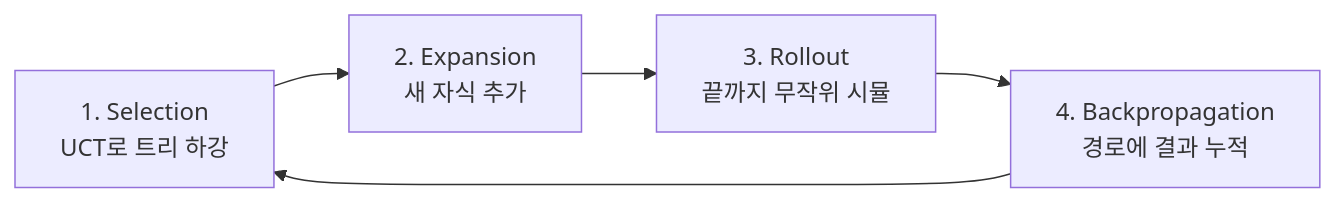
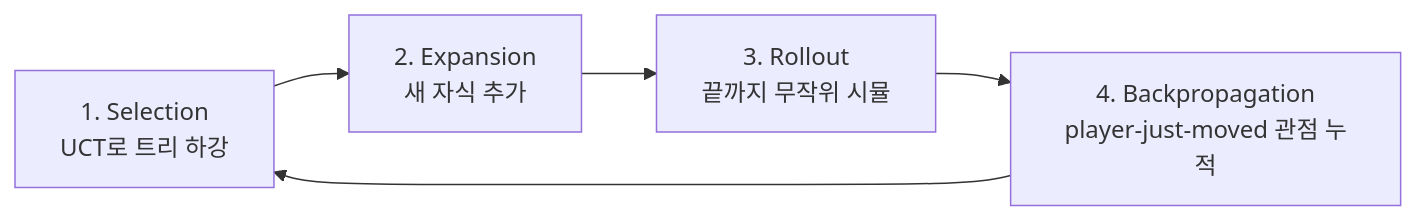
Before and after one commit to Rein-ArXiv/game-dev-curriculum: the seventh of 7 diagrams in ai/part22_adversarial_search.md, drawn with Mermaid. The commit also changed other lines of this file and 279 other files, not shown here.

````diff
--- a/ai/part22_adversarial_search.md
+++ b/ai/part22_adversarial_search.md
@@ -622,7 +620,7 @@
 ```mermaid
 flowchart LR
     S["1. Selection<br/>UCT로 트리 하강"] --> E["2. Expansion<br/>새 자식 추가"]
     E --> R["3. Rollout<br/>끝까지 무작위 시뮬"]
-    R --> B["4. Backpropagation<br/>경로에 결과 누적"]
+    R --> B["4. Backpropagation<br/>player-just-moved 관점 누적"]
     B --> S
 ```
````
